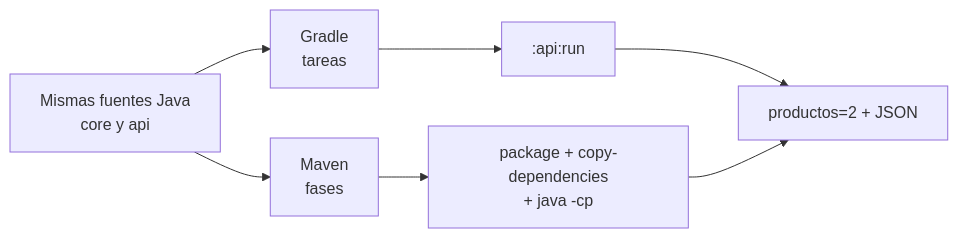
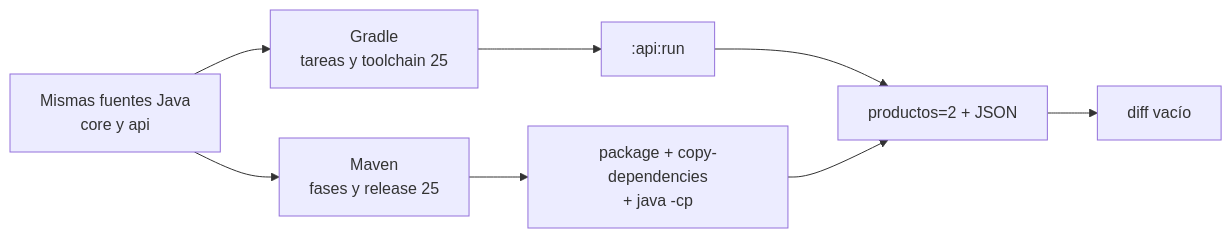
Before and after one commit to NICORUIZ93/The_Imperial_Book: the fourth of 4 diagrams in web/public/content/java/modulo-8.md, drawn with Mermaid. The commit also changed other lines of this file and 65 other files, not shown here.

````diff
--- a/web/public/content/java/modulo-8.md
+++ b/web/public/content/java/modulo-8.md
@@ -1709,9 +1935,10 @@
 ```mermaid
 flowchart LR
-  F["Mismas fuentes Java<br/>core y api"] --> G["Gradle<br/>tareas"]
-  F --> M["Maven<br/>fases"]
+  F["Mismas fuentes Java<br/>core y api"] --> G["Gradle<br/>tareas y toolchain 25"]
+  F --> M["Maven<br/>fases y release 25"]
   G --> GR[":api:run"]
   M --> MR["package + copy-dependencies<br/>+ java -cp"]
   GR --> S["productos=2 + JSON"]
   MR --> S
+  S --> D["diff vacío"]
 ```
````
